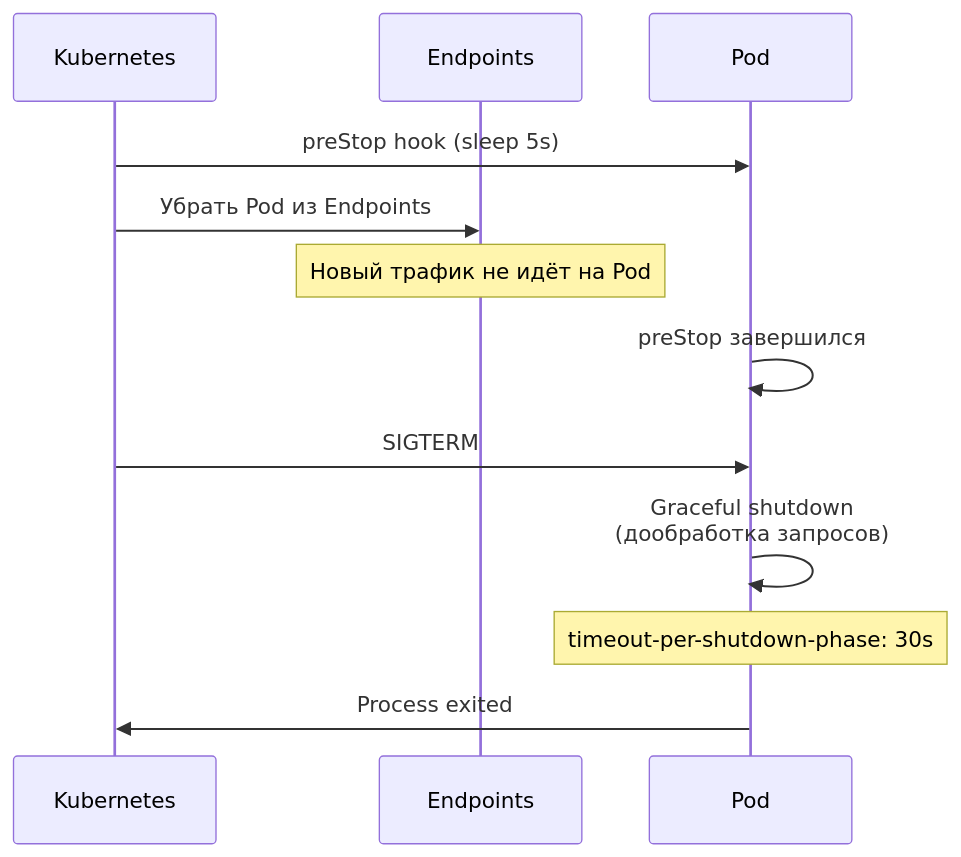
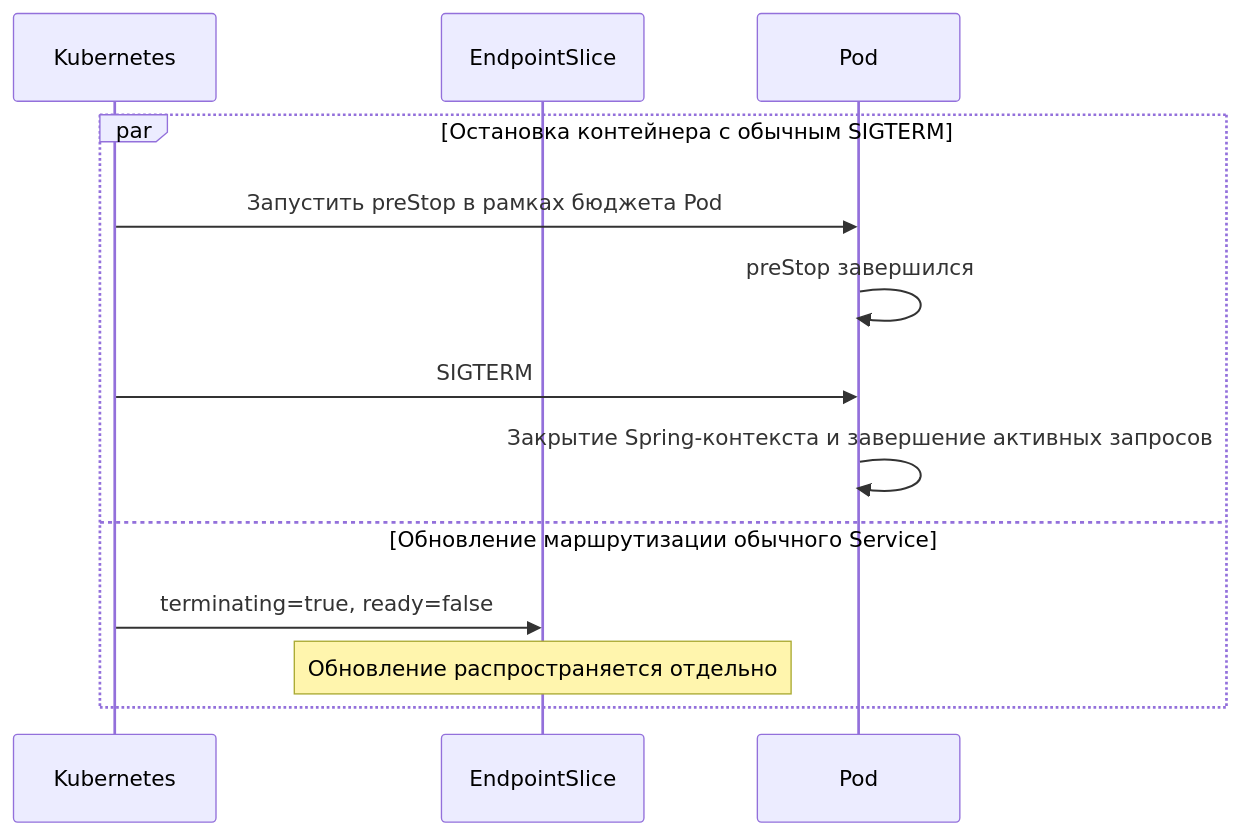
Before and after one commit to akeverus/cheat-sheet: the ninth of 10 diagrams in cheatsheets/interview/devops/kubernetes-interview.md, drawn with Mermaid. The commit also changed other lines of this file and 154 other files, not shown here.

````diff
--- a/cheatsheets/interview/devops/kubernetes-interview.md
+++ b/cheatsheets/interview/devops/kubernetes-interview.md
@@ -1724,15 +1853,16 @@
 ```mermaid
 sequenceDiagram
     participant K8s as Kubernetes
-    participant EP as Endpoints
+    participant EP as EndpointSlice
     participant Pod as Pod
 
-    K8s->>Pod: preStop hook (sleep 5s)
-    K8s->>EP: Убрать Pod из Endpoints
-    Note over EP: Новый трафик не идёт на Pod
-    Pod->>Pod: preStop завершился
-    K8s->>Pod: SIGTERM
-    Pod->>Pod: Graceful shutdown<br/>(дообработка запросов)
-    Note over Pod: timeout-per-shutdown-phase: 30s
-    Pod->>K8s: Process exited
+    par Остановка контейнера с обычным SIGTERM
+        K8s->>Pod: Запустить preStop в рамках бюджета Pod
+        Pod->>Pod: preStop завершился
+        K8s->>Pod: SIGTERM
+        Pod->>Pod: Закрытие Spring-контекста и завершение активных запросов
+    and Обновление маршрутизации обычного Service
+        K8s->>EP: terminating=true, ready=false
+        Note over EP: Обновление распространяется отдельно
+    end
 ```
````
